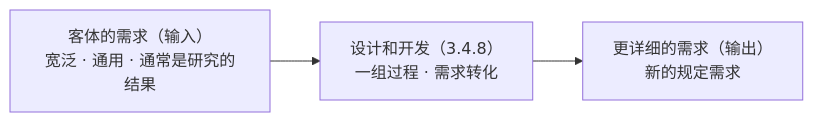
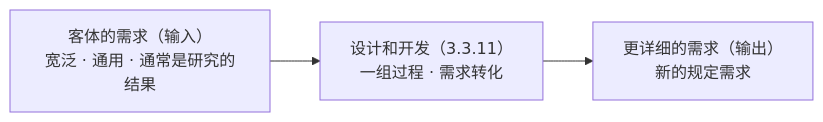
The first of 17 diagrams in 100-subprojects/01-系统工程研究/00-系统工程相关研究报告/01-设计开发概念研究报告-从需求到质量基座.md (Yongjunzhou/AOS-system-design), drawn with Mermaid before and after one commit. The commit also changed other lines of this file and 38 other files, not shown here.

````diff
--- a/100-subprojects/01-系统工程研究/00-系统工程相关研究报告/01-设计开发概念研究报告-从需求到质量基座.md
+++ b/100-subprojects/01-系统工程研究/00-系统工程相关研究报告/01-设计开发概念研究报告-从需求到质量基座.md
@@ -60,5 +71,5 @@
 ```mermaid
 flowchart LR
-    A["客体的需求（输入）<br/>宽泛 · 通用 · 通常是研究的结果"] --> B["设计和开发（3.4.8）<br/>一组过程 · 需求转化"]
+    A["客体的需求（输入）<br/>宽泛 · 通用 · 通常是研究的结果"] --> B["设计和开发（3.3.11）<br/>一组过程 · 需求转化"]
     B --> C["更详细的需求（输出）<br/>新的规定需求"]
 ```
````
